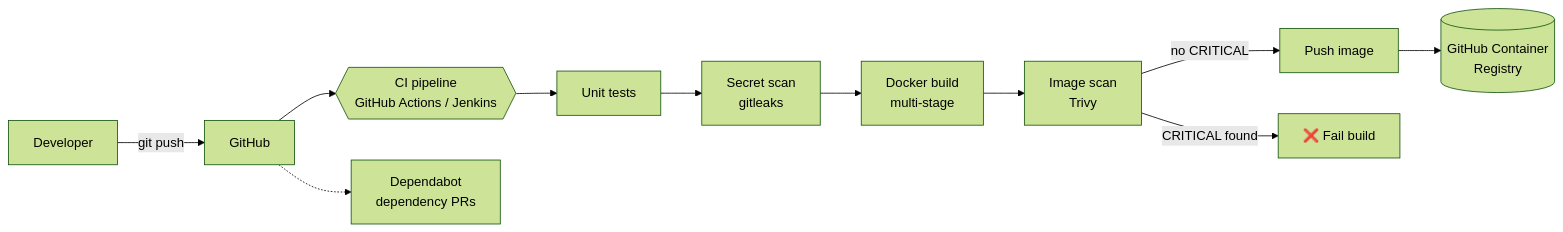
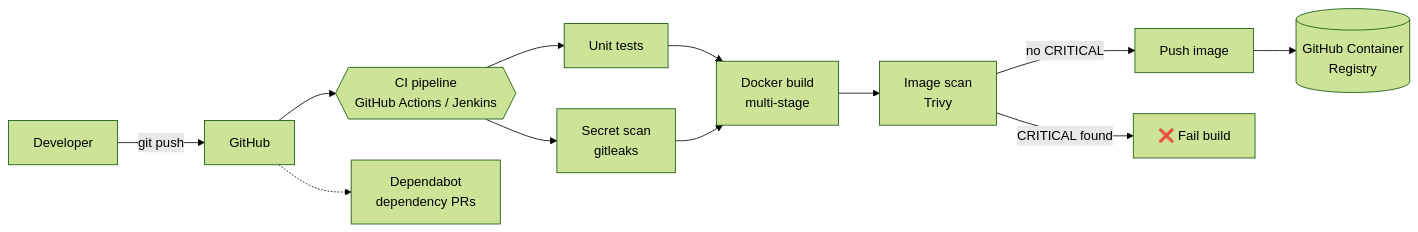
One commit to nourseen6/secure-cicd-pipeline changed the diagram in README.md. Above: the diagram before and after it, drawn with Mermaid (forest theme). The commit also changed other lines of this file, not shown here.

````diff
--- a/README.md
+++ b/README.md
@@ -13,13 +13,14 @@
 ```mermaid
 flowchart LR
     dev[Developer] -->|git push| gh[GitHub]
     gh --> ci{{CI pipeline<br/>GitHub Actions / Jenkins}}
     ci --> test[Unit tests]
-    test --> secrets[Secret scan<br/>gitleaks]
-    secrets --> build[Docker build<br/>multi-stage]
+    ci --> secrets[Secret scan<br/>gitleaks]
+    test --> build[Docker build<br/>multi-stage]
+    secrets --> build
     build --> scan[Image scan<br/>Trivy]
     scan -->|no CRITICAL| push[Push image]
     scan -->|CRITICAL found| fail[❌ Fail build]
     push --> reg[(GitHub Container<br/>Registry)]
     gh -.-> dep[Dependabot<br/>dependency PRs]
 ```
````
